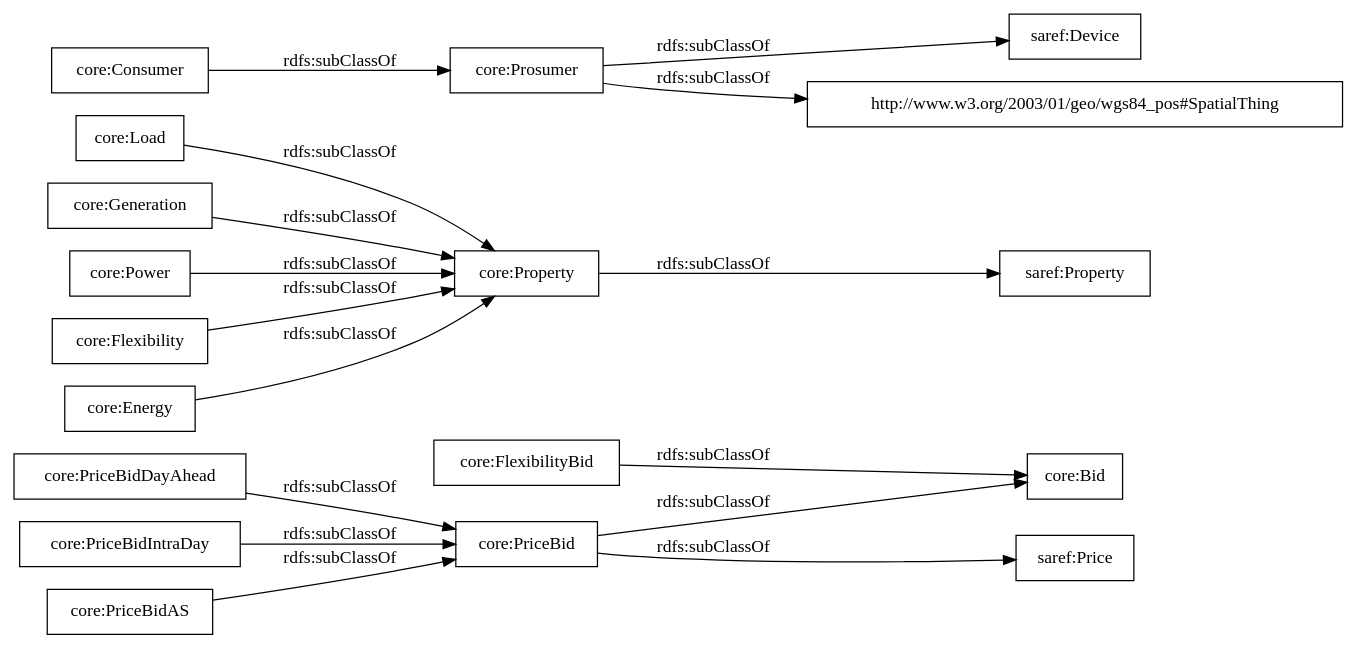
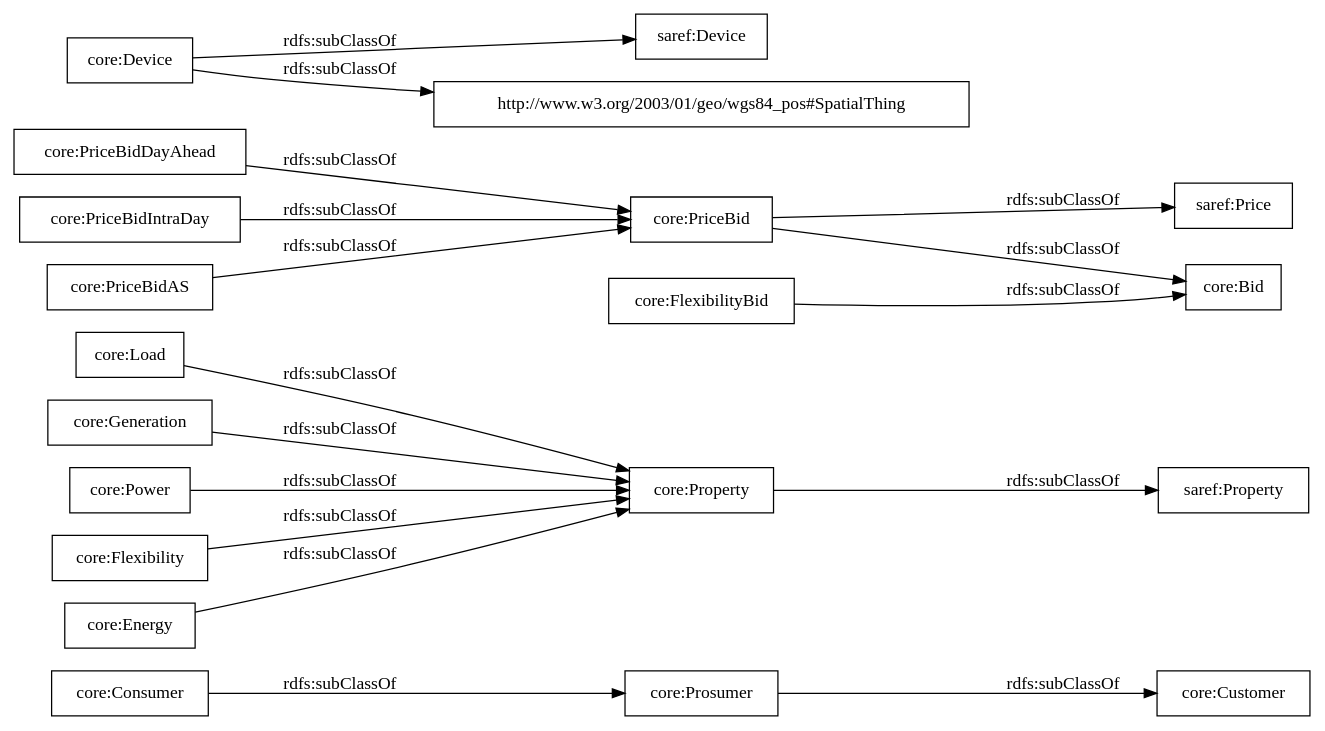
Before and after one commit to oeg-upm/delta-ontology: the diagram in OnToology/ontology/delta.owl/diagrams/ar2dtool-taxonomy/delta.owl.png.dot, drawn with Graphviz. The commit also changed 12 other files, not shown here.

```diff
--- a/OnToology/ontology/delta.owl/diagrams/ar2dtool-taxonomy/delta.owl.png.dot
+++ b/OnToology/ontology/delta.owl/diagrams/ar2dtool-taxonomy/delta.owl.png.dot
@@ -1,21 +1,22 @@
 digraph ar2dtool_diagram { 
 rankdir=LR;
 size="1000"
-node [shape = rectangle, color="black"]; "core:PriceBid" "saref:Property" "core:Consumer" "core:Load" "core:PriceBidDayAhead" "core:Generation" "saref:Device" "core:PriceBidIntraDay" "core:Power" "core:Prosumer" "core:FlexibilityBid" "core:Flexibility" "http://www.w3.org/2003/01/geo/wgs84_pos#SpatialThing" "saref:Price" "core:Property" "core:PriceBidAS" "core:Energy" "core:Bid" ; /*classes style*/
+node [shape = rectangle, color="black"]; "core:Customer" "saref:Property" "core:Consumer" "core:Load" "core:PriceBidDayAhead" "core:Generation" "saref:Device" "core:PriceBidIntraDay" "core:Power" "core:Prosumer" "core:FlexibilityBid" "core:Device" "core:Flexibility" "http://www.w3.org/2003/01/geo/wgs84_pos#SpatialThing" "saref:Price" "core:Property" "core:PriceBidAS" "core:Energy" "core:Bid" "core:PriceBid" ; /*classes style*/
 	"core:Generation" -> "core:Property" [ label = "rdfs:subClassOf" ];
 	"core:Flexibility" -> "core:Property" [ label = "rdfs:subClassOf" ];
 	"core:FlexibilityBid" -> "core:Bid" [ label = "rdfs:subClassOf" ];
+	"core:PriceBidAS" -> "core:PriceBid" [ label = "rdfs:subClassOf" ];
 	"core:Energy" -> "core:Property" [ label = "rdfs:subClassOf" ];
-	"core:PriceBidAS" -> "core:PriceBid" [ label = "rdfs:subClassOf" ];
 	"core:PriceBidIntraDay" -> "core:PriceBid" [ label = "rdfs:subClassOf" ];
 	"core:Power" -> "core:Property" [ label = "rdfs:subClassOf" ];
-	"core:Prosumer" -> "saref:Device" [ label = "rdfs:subClassOf" ];
-	"core:Prosumer" -> "http://www.w3.org/2003/01/geo/wgs84_pos#SpatialThing" [ label = "rdfs:subClassOf" ];
+	"core:Prosumer" -> "core:Customer" [ label = "rdfs:subClassOf" ];
+	"core:Device" -> "saref:Device" [ label = "rdfs:subClassOf" ];
+	"core:Device" -> "http://www.w3.org/2003/01/geo/wgs84_pos#SpatialThing" [ label = "rdfs:subClassOf" ];
 	"core:Property" -> "saref:Property" [ label = "rdfs:subClassOf" ];
 	"core:PriceBid" -> "saref:Price" [ label = "rdfs:subClassOf" ];
 	"core:PriceBid" -> "core:Bid" [ label = "rdfs:subClassOf" ];
 	"core:Consumer" -> "core:Prosumer" [ label = "rdfs:subClassOf" ];
 	"core:PriceBidDayAhead" -> "core:PriceBid" [ label = "rdfs:subClassOf" ];
 	"core:Load" -> "core:Property" [ label = "rdfs:subClassOf" ];
 
 }
```
